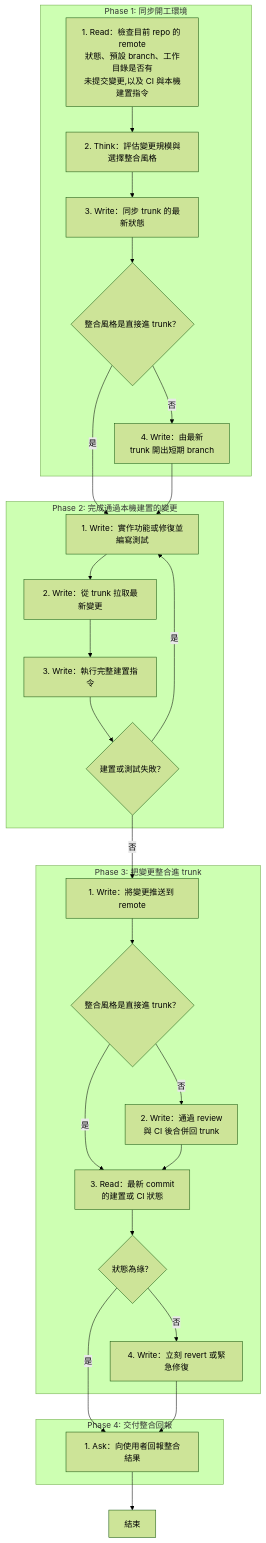
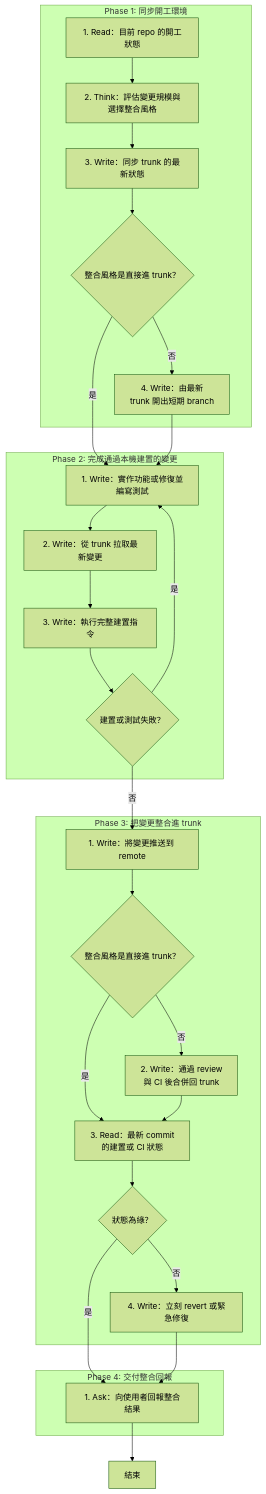
One commit to AI-x-BDD/BDGG-Dev-Skills changed the diagram in .claude/skills/trunk-based-development/SKILL.md. Above: the diagram before and after it, drawn with Mermaid (forest theme). The commit also changed other lines of this file and 33 other files, not shown here.

````diff
--- a/.claude/skills/trunk-based-development/SKILL.md
+++ b/.claude/skills/trunk-based-development/SKILL.md
@@ -31,48 +31,48 @@
 ```mermaid
 flowchart TD
     subgraph P1["Phase 1: 同步開工環境"]
-        P1S1["1. Read：檢查目前 repo 的 remote<br/>狀態、預設 branch、工作目錄是否有<br/>未提交變更,以及 CI 與本機建置指令"]
+        P1S1["1. Read：目前 repo 的開工狀態"]
         P1S2["2. Think：評估變更規模與選擇整合風格"]
         P1S3["3. Write：同步 trunk 的最新狀態"]
         G_P1S3_1{"整合風格是直接進 trunk？"}
         P1S4["4. Write：由最新<br/>trunk 開出短期 branch"]
     end
     subgraph P2["Phase 2: 完成通過本機建置的變更"]
         P2S1["1. Write：實作功能或修復並編寫測試"]
         P2S2["2. Write：從 trunk 拉取最新變更"]
         P2S3["3. Write：執行完整建置指令"]
         G_P2S3_1{"建置或測試失敗？"}
     end
     subgraph P3["Phase 3: 把變更整合進 trunk"]
         P3S1["1. Write：將變更推送到 remote"]
         G_P3S1_1{"整合風格是直接進 trunk？"}
         P3S2["2. Write：通過 review<br/>與 CI 後合併回 trunk"]
         P3S3["3. Read：最新 commit<br/>的建置或 CI 狀態"]
         G_P3S3_1{"狀態為綠？"}
         P3S4["4. Write：立刻 revert 或緊急修復"]
     end
     subgraph P4["Phase 4: 交付整合回報"]
         P4S1["1. Ask：向使用者回報整合結果"]
     end
     End["結束"]
     P1S1 --> P1S2
     P1S2 --> P1S3
     P1S3 --> G_P1S3_1
     G_P1S3_1 -->|是| P2S1
     G_P1S3_1 -->|否| P1S4
     P1S4 --> P2S1
     P2S1 --> P2S2
     P2S2 --> P2S3
     P2S3 --> G_P2S3_1
     G_P2S3_1 -->|是| P2S1
     G_P2S3_1 -->|否| P3S1
     P3S1 --> G_P3S1_1
     G_P3S1_1 -->|是| P3S3
     G_P3S1_1 -->|否| P3S2
     P3S2 --> P3S3
     P3S3 --> G_P3S3_1
     G_P3S3_1 -->|是| P4S1
     G_P3S3_1 -->|否| P3S4
     P3S4 --> P4S1
     P4S1 --> End
 ```
````
